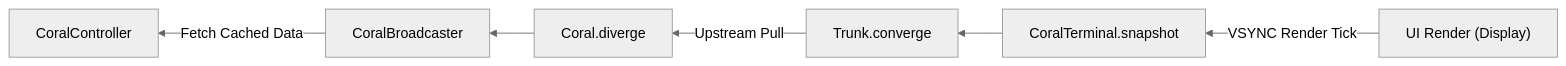
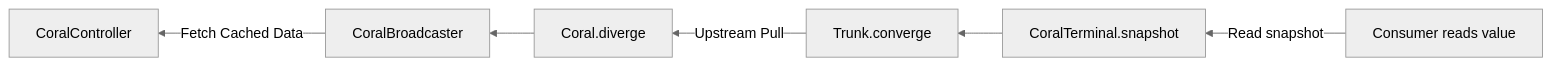
One commit to pioneerjkf/coralline changed the third of 3 diagrams in README.md. Above: the diagram before and after it, drawn with Mermaid (neutral theme). The commit also changed other lines of this file and 48 other files, not shown here.

````diff
--- a/README.md
+++ b/README.md
@@ -56,8 +55,8 @@
 ```mermaid
 flowchart RL
-    F2["UI Render (Display)"] -->|"VSYNC Render Tick"| E2["CoralTerminal.snapshot"]
+    F2["Consumer reads value"] -->|"Read snapshot"| E2["CoralTerminal.snapshot"]
     E2 --> D2["Trunk.converge"]
     D2 -->|"Upstream Pull"| C2["Coral.diverge"]
     C2 --> B2["CoralBroadcaster"]
     B2 -->|"Fetch Cached Data"| A2["CoralController"]
 ```
````
